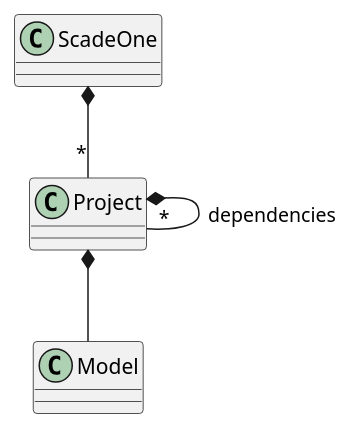
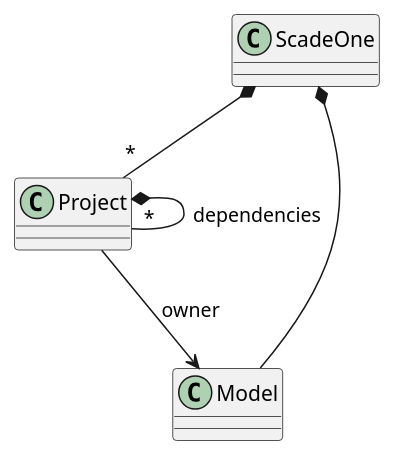
The diagram in doc/source/api/scadeone.puml (ansys/pyscadeone), drawn with PlantUML before and after one commit. The commit also changed 211 other files, not shown here.

```diff
--- a/doc/source/api/scadeone.puml
+++ b/doc/source/api/scadeone.puml
@@ -1,6 +1,7 @@
 @startuml
 ScadeOne *-- "*" Project
+ScadeOne *-- Model
 
 Project *-- "*" Project: dependencies
-Project *-- Model
+Project --> Model: owner
 @enduml
```
